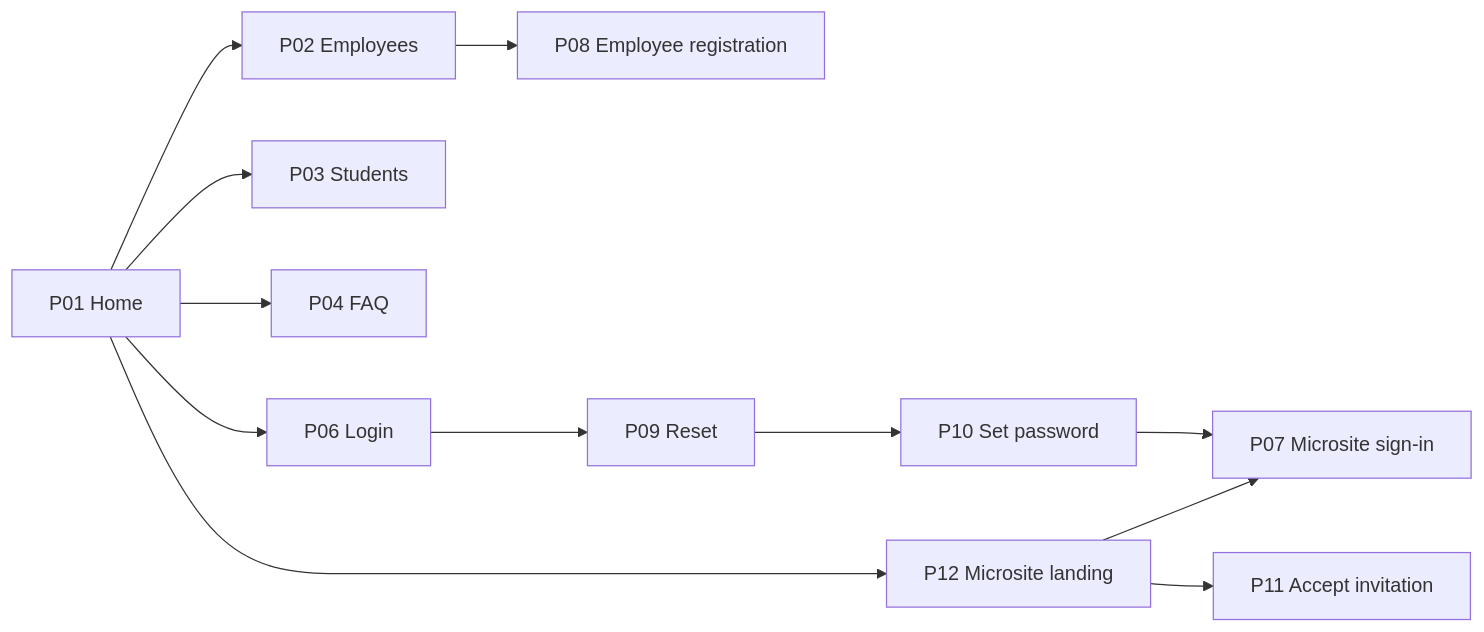
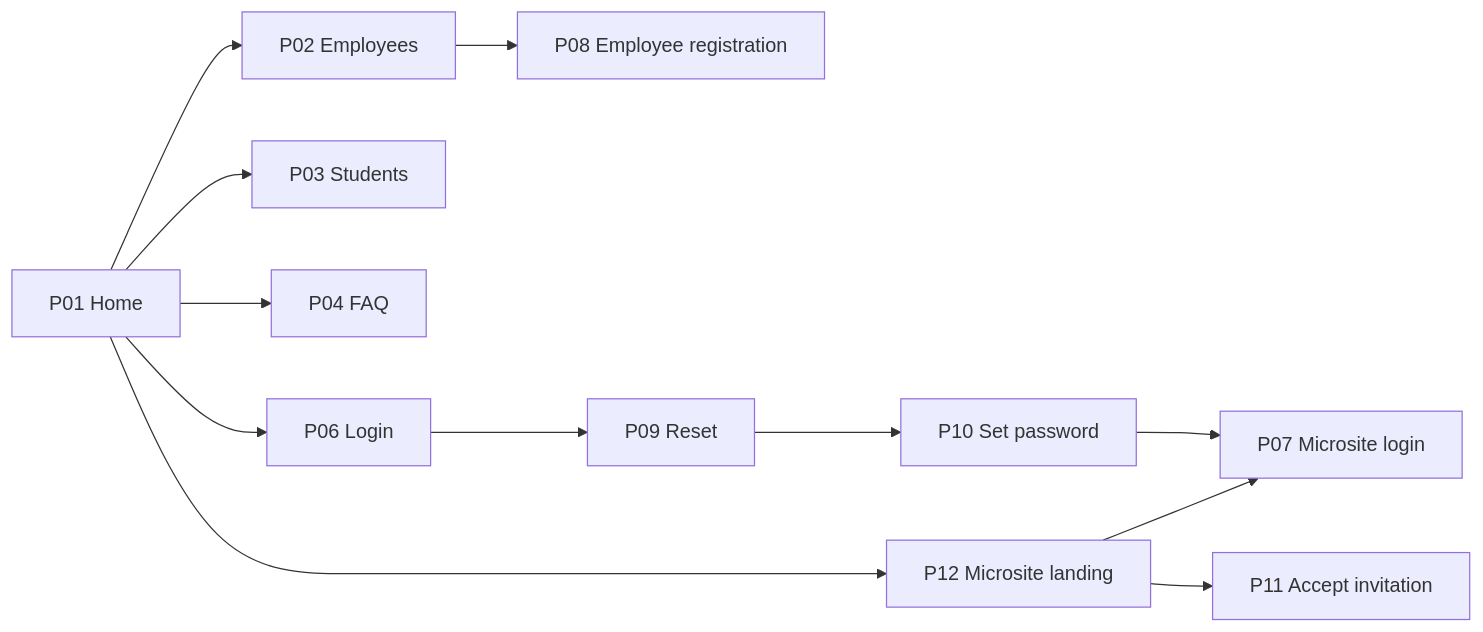
The first of 6 diagrams in docs/SPEC.md (potential-code/dctlearn-pipeline-pilot), drawn with Mermaid before and after one commit. The commit also changed other lines of this file and 1 other file, not shown here.

Commit message:
docs: one login for all; microsite login /{p}/login is the same account and lands on that microsite's dashboard

````diff
--- a/docs/SPEC.md
+++ b/docs/SPEC.md
@@ -129,9 +140,9 @@
 ```mermaid
 flowchart LR
   P01[P01 Home] --> P02[P02 Employees] & P03[P03 Students] & P04[P04 FAQ]
-  P01 --> P12[P12 Microsite landing] --> P07[P07 Microsite sign-in]
+  P01 --> P12[P12 Microsite landing] --> P07[P07 Microsite login]
   P12 --> P11[P11 Accept invitation]
   P01 --> P06[P06 Login]
   P02 --> P08[P08 Employee registration]
   P06 --> P09[P09 Reset] --> P10[P10 Set password] --> P07
 ```
````
